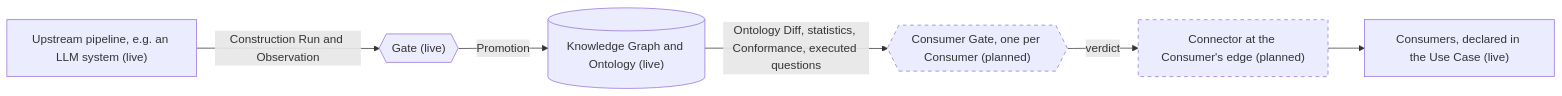
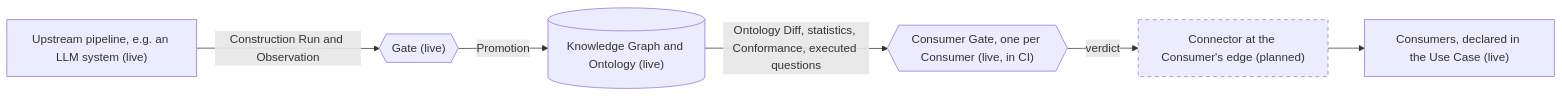
The diagram in docs/vision.md (JoaZaech/stetiq), drawn with Mermaid before and after one commit. The commit also changed other lines of this file and 9 other files, not shown here.

````diff
--- a/docs/vision.md
+++ b/docs/vision.md
@@ -11,18 +11,18 @@
 ```mermaid
 flowchart LR
   up["Upstream pipeline, e.g. an LLM system (live)"]
   gate{{"Gate (live)"}}
   kg[("Knowledge Graph and Ontology (live)")]
-  cgate{{"Consumer Gate, one per Consumer (planned)"}}
+  cgate{{"Consumer Gate, one per Consumer (live, in CI)"}}
   conn["Connector at the Consumer's edge (planned)"]
   cons["Consumers, declared in the Use Case (live)"]
 
   up -->|Construction Run and Observation| gate
   gate -->|Promotion| kg
   kg -->|Ontology Diff, statistics, Conformance, executed questions| cgate
   cgate -->|verdict| conn
   conn --> cons
 
   classDef planned stroke-dasharray: 5 5
-  class cgate,conn planned
+  class conn planned
 ```
````
